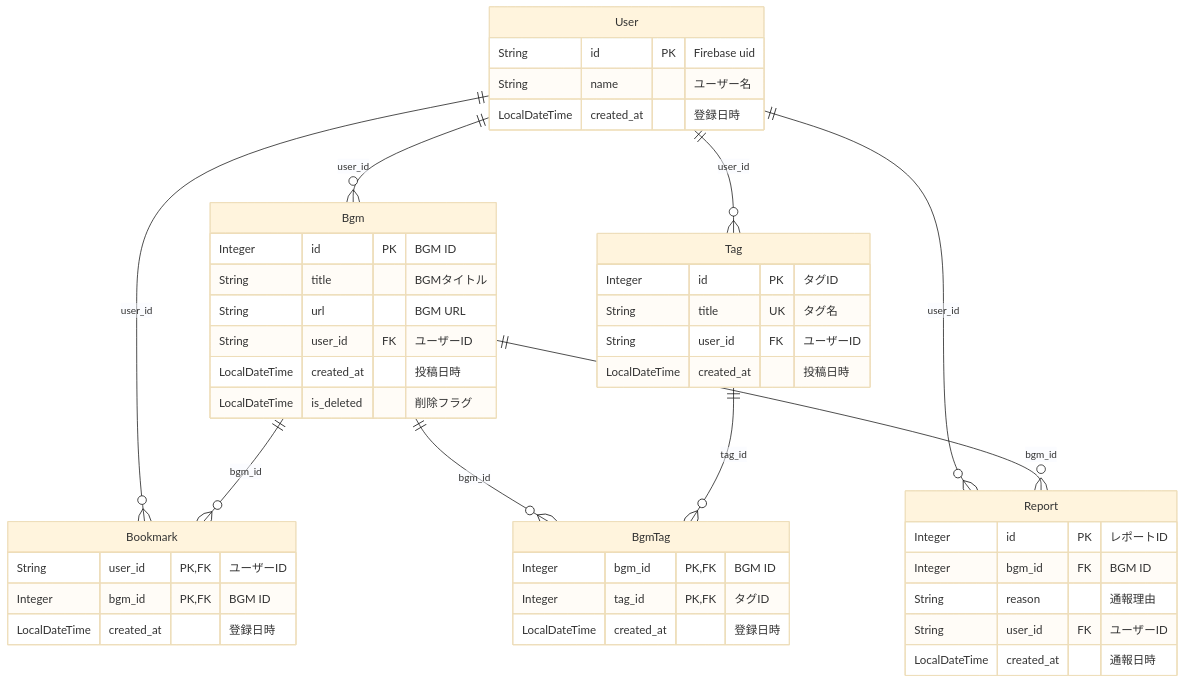
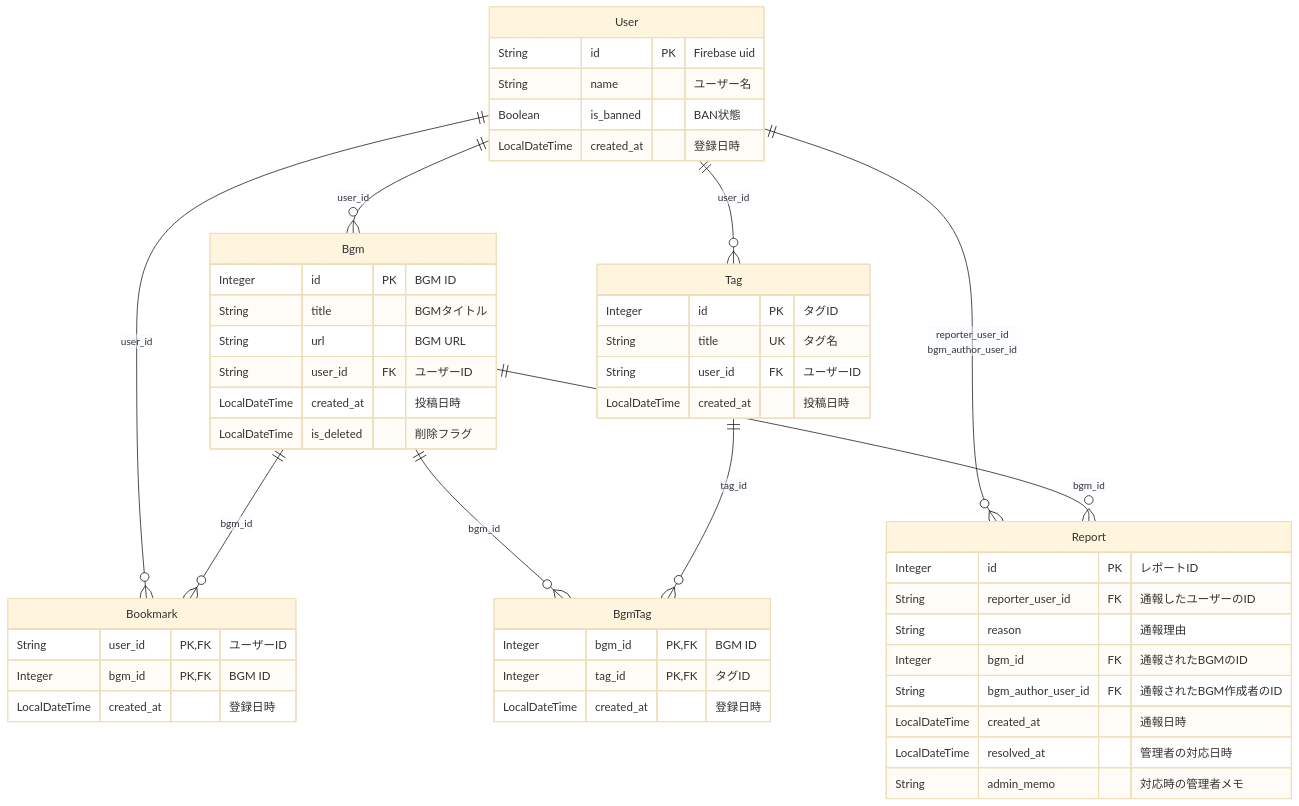
One commit to kagomen/bgm-api-springboot changed the diagram in docs/er.md. Above: the diagram before and after it, drawn with Mermaid (base theme).

Commit message:
通報に対応したテーブル設計に修正

````diff
--- a/docs/er.md
+++ b/docs/er.md
@@ -5,54 +5,58 @@
 ```mermaid
 erDiagram
 
 User {
 String id PK "Firebase uid"
 String name "ユーザー名"
+Boolean is_banned "BAN状態"
 LocalDateTime created_at "登録日時"
 }
 
 Bgm {
 Integer id PK "BGM ID"
 String title "BGMタイトル"
 String url "BGM URL"
 String user_id FK "ユーザーID"
 LocalDateTime created_at "投稿日時"
 LocalDateTime is_deleted "削除フラグ"
 }
 
 Bookmark {
 String user_id PK,FK "ユーザーID"
 Integer bgm_id PK,FK "BGM ID"
 LocalDateTime created_at "登録日時"
 }
 
 Tag {
 Integer id PK "タグID"
 String title UK "タグ名"
 String user_id FK "ユーザーID"
 LocalDateTime created_at "投稿日時"
 }
 
 BgmTag {
 Integer bgm_id PK,FK "BGM ID"
 Integer tag_id PK,FK "タグID"
 LocalDateTime created_at "登録日時"
 }
 
 Report {
 Integer id PK "レポートID"
-Integer bgm_id FK "BGM ID"
+String reporter_user_id FK "通報したユーザーのID"
 String reason "通報理由"
-String user_id FK "ユーザーID"
+Integer bgm_id FK "通報されたBGMのID"
+String bgm_author_user_id FK "通報されたBGM作成者のID"
 LocalDateTime created_at "通報日時"
+LocalDateTime resolved_at "管理者の対応日時"
+String admin_memo "対応時の管理者メモ"
 }
 
 User ||--o{ Bgm : user_id
 User ||--o{ Bookmark : user_id
 User ||--o{ Tag : user_id
-User ||--o{ Report : user_id
+User ||--o{ Report : "reporter_user_id<br />bgm_author_user_id"
 Bgm ||--o{ Bookmark : bgm_id
 Bgm ||--o{ BgmTag : bgm_id
 Bgm ||--o{ Report : bgm_id
 Tag ||--o{ BgmTag : tag_id
 ```
````
